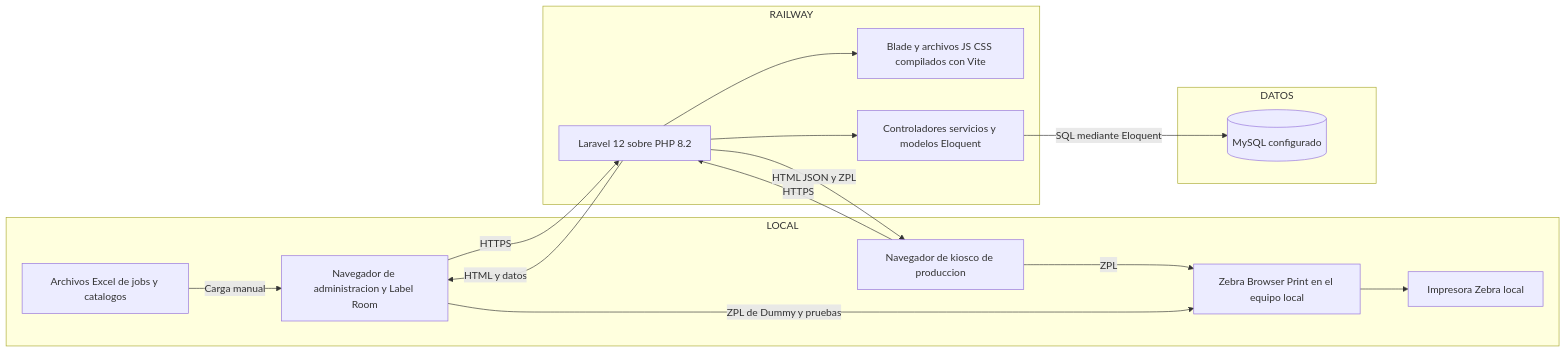
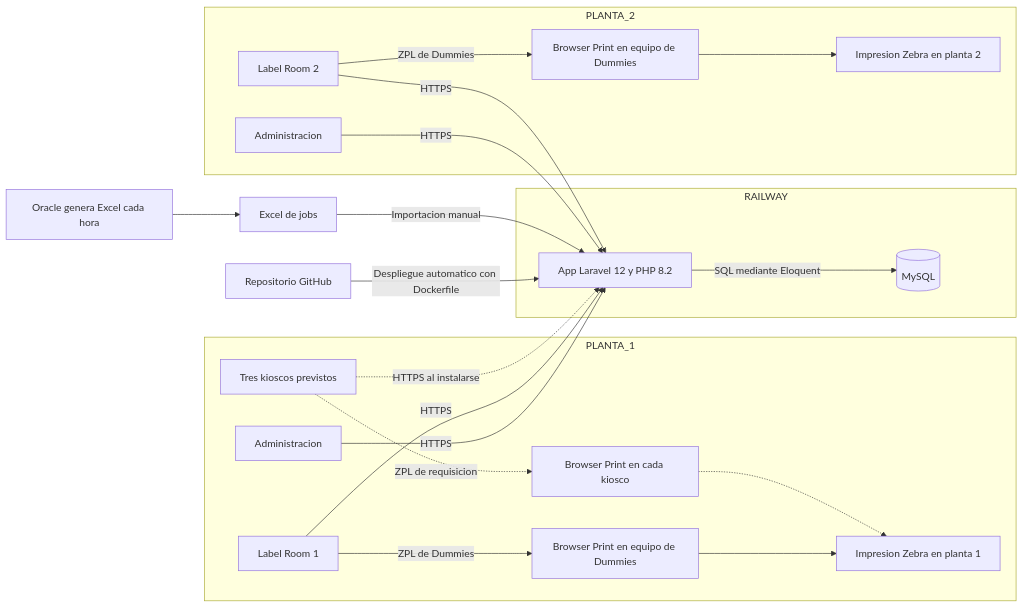
The first of 4 diagrams in docs/application-architecture.md (z-Nava/LabelControlSystem), drawn with Mermaid before and after one commit. The commit also changed other lines of this file, not shown here.

Commit message:
architecture doc

````diff
--- a/docs/application-architecture.md
+++ b/docs/application-architecture.md
@@ -11,32 +11,41 @@
 ```mermaid
 flowchart LR
-    subgraph LOCAL
-        operadores["Navegador de administracion y Label Room"]
-        kiosco["Navegador de kiosco de produccion"]
-        excel["Archivos Excel de jobs y catalogos"]
-        browserprint["Zebra Browser Print en el equipo local"]
-        impresora["Impresora Zebra local"]
+    subgraph PLANTA_1
+        admin1["Administracion"]
+        room1["Label Room 1"]
+        kioscos["Tres kioscos previstos"]
+        bp1room["Browser Print en equipo de Dummies"]
+        bp1k["Browser Print en cada kiosco"]
+        zebra1["Impresion Zebra en planta 1"]
+    end
+
+    subgraph PLANTA_2
+        admin2["Administracion"]
+        room2["Label Room 2"]
+        bp2room["Browser Print en equipo de Dummies"]
+        zebra2["Impresion Zebra en planta 2"]
     end
 
     subgraph RAILWAY
-        web["Laravel 12 sobre PHP 8.2"]
-        vistas["Blade y archivos JS CSS compilados con Vite"]
-        negocio["Controladores servicios y modelos Eloquent"]
+        web["App Laravel 12 y PHP 8.2"]
+        mysql[(MySQL)]
     end
 
-    subgraph DATOS
-        mysql[(MySQL configurado)]
-    end
+    github["Repositorio GitHub"] -->|Despliegue automatico con Dockerfile| web
+    oracle["Oracle genera Excel cada hora"] --> archivo["Excel de jobs"]
+    archivo -->|Importacion manual| web
 
-    operadores -->|HTTPS| web
-    kiosco -->|HTTPS| web
-    excel -->|Carga manual| operadores
-    web --> vistas
-    web --> negocio
-    negocio -->|SQL mediante Eloquent| mysql
-    web -->|HTML JSON y ZPL| kiosco
-    web -->|HTML y datos| operadores
-    kiosco -->|ZPL| browserprint
-    operadores -->|ZPL de Dummy y pruebas| browserprint
-    browserprint --> impresora
+    admin1 -->|HTTPS| web
+    room1 -->|HTTPS| web
+    admin2 -->|HTTPS| web
+    room2 -->|HTTPS| web
+    kioscos -. HTTPS al instalarse .-> web
+    web -->|SQL mediante Eloquent| mysql
+
+    room1 -->|ZPL de Dummies| bp1room
+    kioscos -. ZPL de requisicion .-> bp1k
+    bp1room --> zebra1
+    bp1k -.-> zebra1
+    room2 -->|ZPL de Dummies| bp2room
+    bp2room --> zebra2
 ```
````
